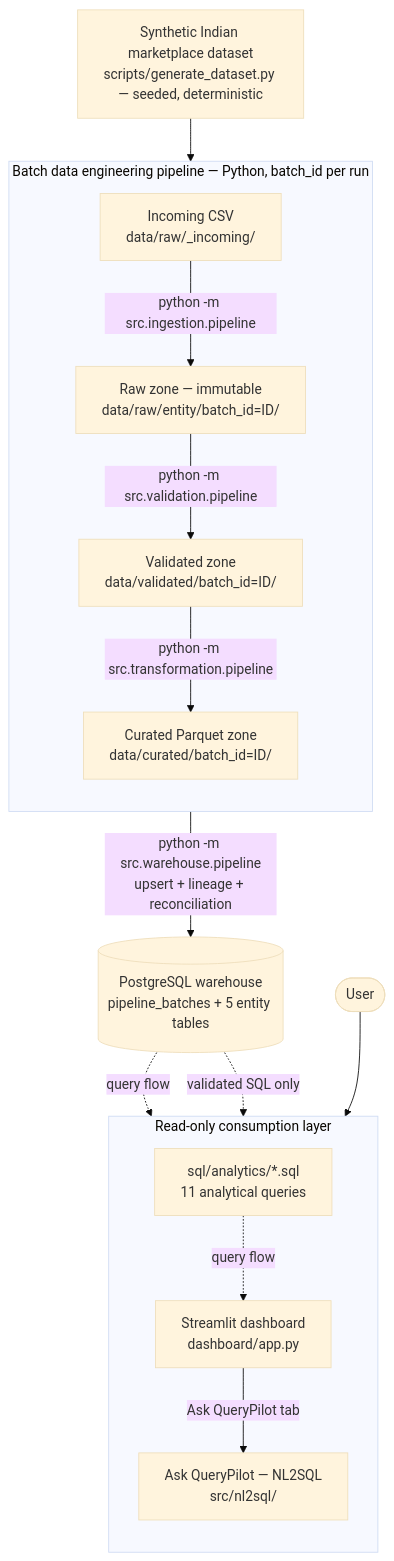
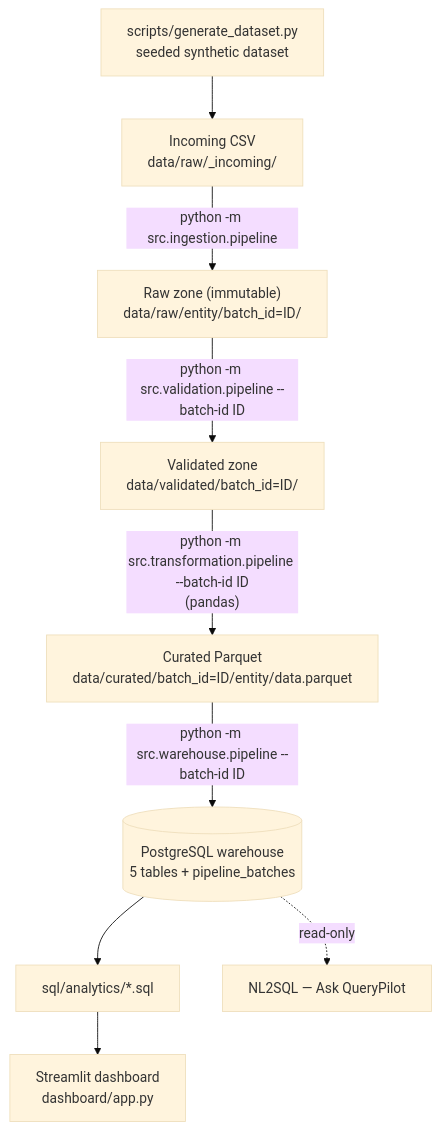
The first of 12 diagrams in README.md (the-illuminatus/QueryPilot-DataEngineering), drawn with Mermaid (base theme) before and after one commit. The commit also changed other lines of this file, not shown here.

Commit message:
docs: finalize Airflow and PySpark architecture README

````diff
--- a/README.md
+++ b/README.md
@@ -64,35 +71,12 @@
 ```mermaid
 flowchart TD
-    GEN["Synthetic Indian marketplace dataset<br/>scripts/generate_dataset.py — seeded, deterministic"]
-
-    subgraph PIPE["Batch data engineering pipeline — Python, batch_id per run"]
-        direction TB
-        INC["Incoming CSV<br/>data/raw/_incoming/"]
-        RAW["Raw zone — immutable<br/>data/raw/entity/batch_id=ID/"]
-        VAL["Validated zone<br/>data/validated/batch_id=ID/"]
-        CUR["Curated Parquet zone<br/>data/curated/batch_id=ID/"]
-        INC -->|"python -m src.ingestion.pipeline"| RAW
-        RAW -->|"python -m src.validation.pipeline"| VAL
-        VAL -->|"python -m src.transformation.pipeline"| CUR
-    end
-
-    WH[("PostgreSQL warehouse<br/>pipeline_batches + 5 entity tables")]
-
-    subgraph CONSUME["Read-only consumption layer"]
-        direction TB
-        SQLA["sql/analytics/*.sql<br/>11 analytical queries"]
-        DASH["Streamlit dashboard<br/>dashboard/app.py"]
-        NL["Ask QueryPilot — NL2SQL<br/>src/nl2sql/"]
-    end
-
-    USER(["User"])
-
-    GEN --> INC
-    CUR -->|"python -m src.warehouse.pipeline<br/>upsert + lineage + reconciliation"| WH
-
-    WH -. "query flow" .-> SQLA
-    SQLA -. "query flow" .-> DASH
-    WH -. "validated SQL only" .-> NL
-    USER --> DASH
-    DASH -->|"Ask QueryPilot tab"| NL
+    GEN["scripts/generate_dataset.py<br/>seeded synthetic dataset"]
+    GEN --> RAWIN["Incoming CSV<br/>data/raw/_incoming/"]
+    RAWIN -->|"python -m src.ingestion.pipeline"| RAW["Raw zone (immutable)<br/>data/raw/entity/batch_id=ID/"]
+    RAW -->|"python -m src.validation.pipeline --batch-id ID"| VAL["Validated zone<br/>data/validated/batch_id=ID/"]
+    VAL -->|"python -m src.transformation.pipeline --batch-id ID<br/>(pandas)"| CUR["Curated Parquet<br/>data/curated/batch_id=ID/entity/data.parquet"]
+    CUR -->|"python -m src.warehouse.pipeline --batch-id ID"| PG[("PostgreSQL warehouse<br/>5 tables + pipeline_batches")]
+    PG --> SQLA["sql/analytics/*.sql"]
+    SQLA --> DASH["Streamlit dashboard<br/>dashboard/app.py"]
+    PG -. "read-only" .-> NL["NL2SQL — Ask QueryPilot"]
 ```
````
